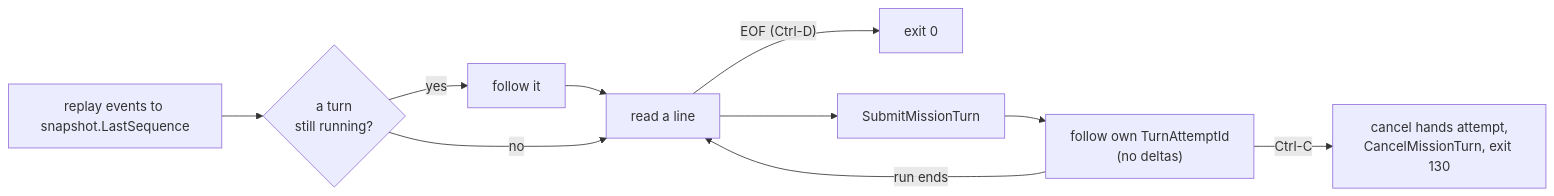
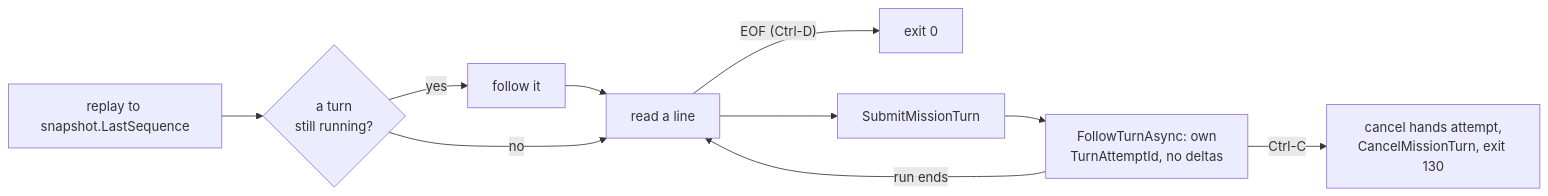
Diagram 17 of 21 in docs/design/how-conversations-work.md (katasec/mission-control-language), drawn with Mermaid before and after one commit. The commit also changed other lines of this file and 2 other files, not shown here.

````diff
--- a/docs/design/how-conversations-work.md
+++ b/docs/design/how-conversations-work.md
@@ -269,10 +428,10 @@
 ```mermaid
 flowchart LR
-  OPEN["replay events to snapshot.LastSequence"] --> RUN{"a turn<br/>still running?"}
+  OPEN["replay to snapshot.LastSequence"] --> RUN{"a turn<br/>still running?"}
   RUN -->|yes| F1["follow it"] --> READ
   RUN -->|no| READ["read a line"]
   READ -->|"EOF (Ctrl-D)"| EXIT["exit 0"]
-  READ --> SUB["SubmitMissionTurn"] --> F2["follow own TurnAttemptId<br/>(no deltas)"]
+  READ --> SUB["SubmitMissionTurn"] --> F2["FollowTurnAsync: own<br/>TurnAttemptId, no deltas"]
   F2 -->|"run ends"| READ
   F2 -->|"Ctrl-C"| CAN["cancel hands attempt,<br/>CancelMissionTurn, exit 130"]
 ```
````
